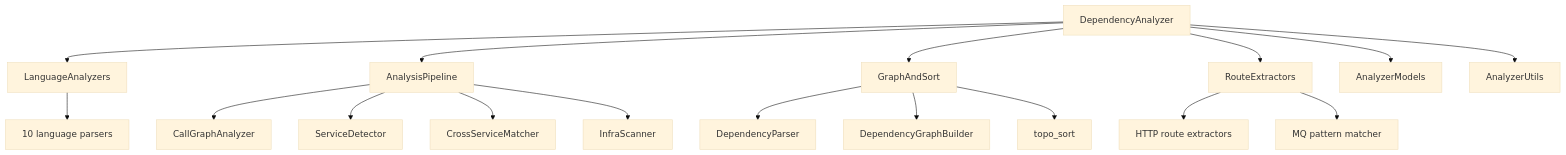
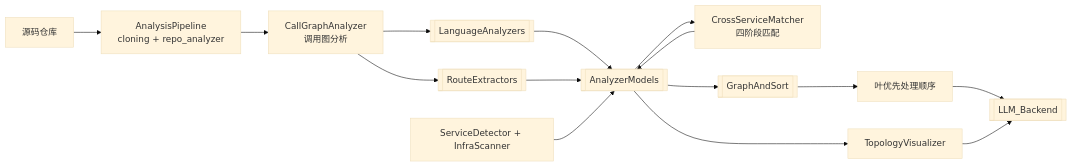
The second of 2 diagrams in repowiki/wiki/modules/DependencyAnalyzer.md (mambo-wang/CodeWiki-Plus), drawn with Mermaid (base theme) before and after one commit. The commit also changed other lines of this file and 36 other files, not shown here.

````diff
--- a/repowiki/wiki/modules/DependencyAnalyzer.md
+++ b/repowiki/wiki/modules/DependencyAnalyzer.md
@@ -17,19 +97,17 @@
 ```mermaid
-graph TB
-    A[DependencyAnalyzer] --> B[LanguageAnalyzers]
-    A --> C[AnalysisPipeline]
-    A --> D[GraphAndSort]
-    A --> E[RouteExtractors]
-    A --> F[AnalyzerModels]
-    A --> G[AnalyzerUtils]
-    B --> H[10 language parsers]
-    C --> I[CallGraphAnalyzer]
-    C --> J[ServiceDetector]
-    C --> K[CrossServiceMatcher]
-    C --> L[InfraScanner]
-    D --> M[DependencyParser]
-    D --> N[DependencyGraphBuilder]
-    D --> O[topo_sort]
-    E --> P[HTTP route extractors]
-    E --> Q[MQ pattern matcher]
+flowchart LR
+    SRC[源码仓库] --> CL[AnalysisPipeline<br/>cloning + repo_analyzer]
+    CL --> CG[CallGraphAnalyzer<br/>调用图分析]
+    CG --> LA[[LanguageAnalyzers]]
+    CG --> RE[[RouteExtractors]]
+    LA --> AM[[AnalyzerModels]]
+    RE --> AM
+    SD[ServiceDetector + InfraScanner] --> AM
+    AM --> CS[CrossServiceMatcher<br/>四阶段匹配]
+    CS --> AM
+    AM --> GS[[GraphAndSort]]
+    GS --> LEAF[叶优先处理顺序]
+    AM --> TV[TopologyVisualizer]
+    LEAF --> LLM[["LLM_Backend"]]
+    TV --> LLM
 ```
````
